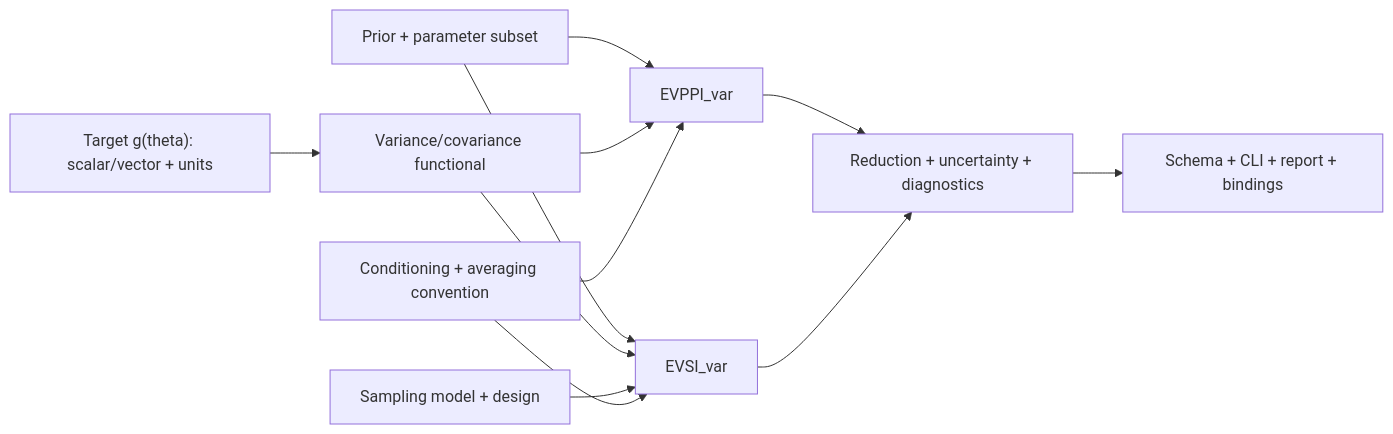
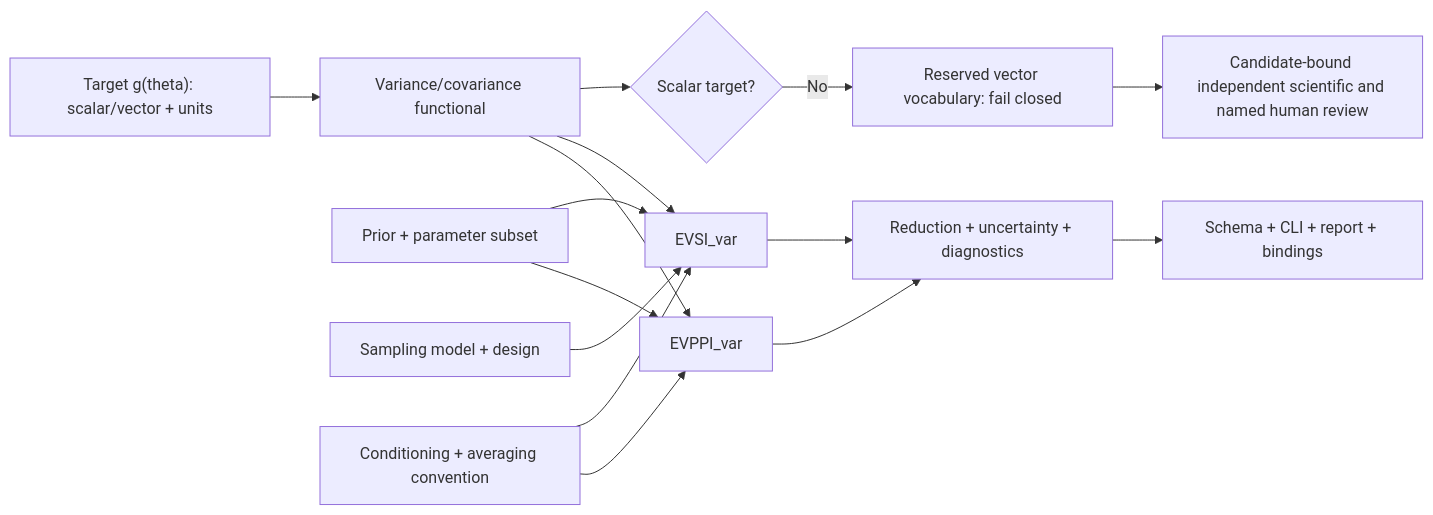
The diagram in conductor/tracks/estimation_focused_variance_voi_20260727/design.md (edithatogo/voiage), drawn with Mermaid before and after one commit. The commit also changed 137 other files, not shown here.

First line of the commit message:
feat(frontier): implement governed scientific review remediation

````diff
--- a/conductor/tracks/estimation_focused_variance_voi_20260727/design.md
+++ b/conductor/tracks/estimation_focused_variance_voi_20260727/design.md
@@ -3,14 +3,17 @@
 ```mermaid
 flowchart LR
     Target["Target g(theta): scalar/vector + units"] --> Functional["Variance/covariance functional"]
     Prior["Prior + parameter subset"] --> EVPPI["EVPPI_var"]
     Prior --> EVSI["EVSI_var"]
     Functional --> EVPPI
     Functional --> EVSI
+    Functional --> VectorGate{"Scalar target?"}
+    VectorGate -->|"No"| Reserved["Reserved vector vocabulary: fail closed"]
+    Reserved --> HumanReview["Candidate-bound independent scientific and named human review"]
     Sampling["Sampling model + design"] --> EVSI
     Conditioning["Conditioning + averaging convention"] --> EVPPI
     Conditioning --> EVSI
     EVPPI --> Result["Reduction + uncertainty + diagnostics"]
     EVSI --> Result
     Result --> Surfaces["Schema + CLI + report + bindings"]
 ```
````
